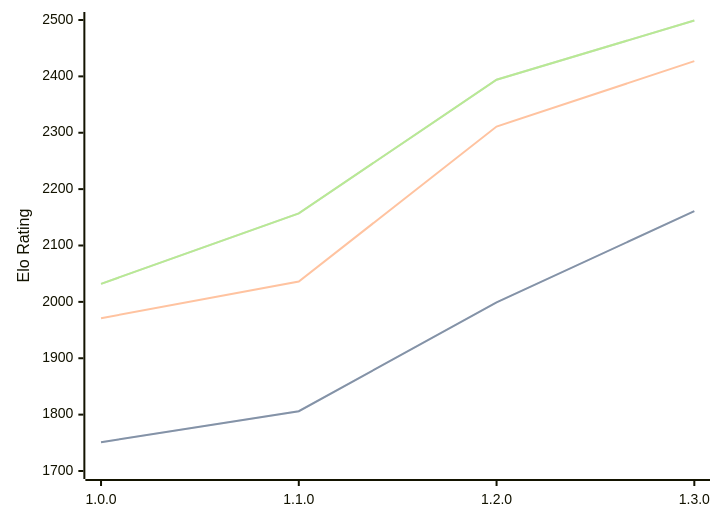
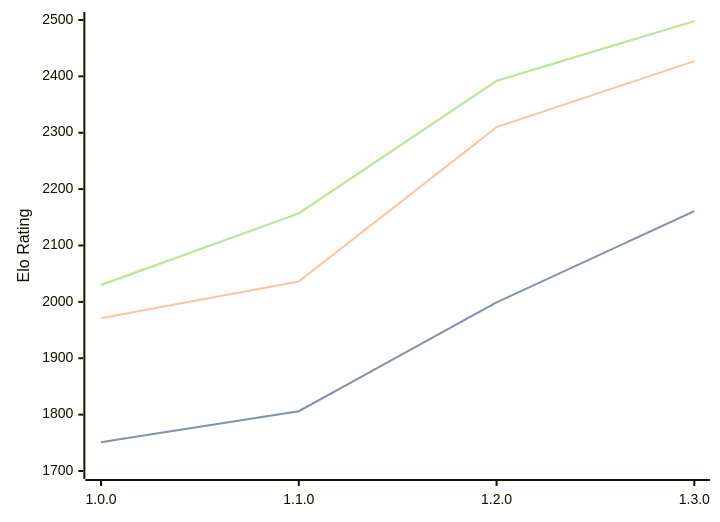
One commit to computer-chess-index/cci changed the diagram in engines/Anodos.md. Above: the diagram before and after it, drawn with Mermaid. The commit also changed other lines of this file, not shown here.

Commit message:
Update CCI Ratings (ELO VLTC) - 2026-10-01

````diff
--- a/engines/Anodos.md
+++ b/engines/Anodos.md
@@ -34,11 +34,11 @@
 ```mermaid
 %%{init: {"theme":"base","themeVariables":{"seriesColors:['#a3a3a3','#222221','#faa371']}}}%%
 xychart-beta
   x-axis ["1.0.0", "1.1.0", "1.2.0", "1.3.0"]
   y-axis "Elo Rating" 1700 --> 2500
   line "" [1751, 1806, 1999, 2161]
   line "STC (8.0+0.08s)" [1751, 1806, 1999, 2161]
-  line "LTC (60.0+0.60s)" [1971, 2036, 2311, 2427]
-  line "" [2032, 2157, 2394, 2499]
-  line "VLTC (2m24s+1.12s)" [2032, 2157, 2394, 2499]
+  line "LTC (60.0+0.60s)" [1971, 2036, 2310, 2427]
+  line "" [2030, 2157, 2392, 2498]
+  line "VLTC (2m24s+1.12s)" [2030, 2157, 2392, 2498]
 ```
````
